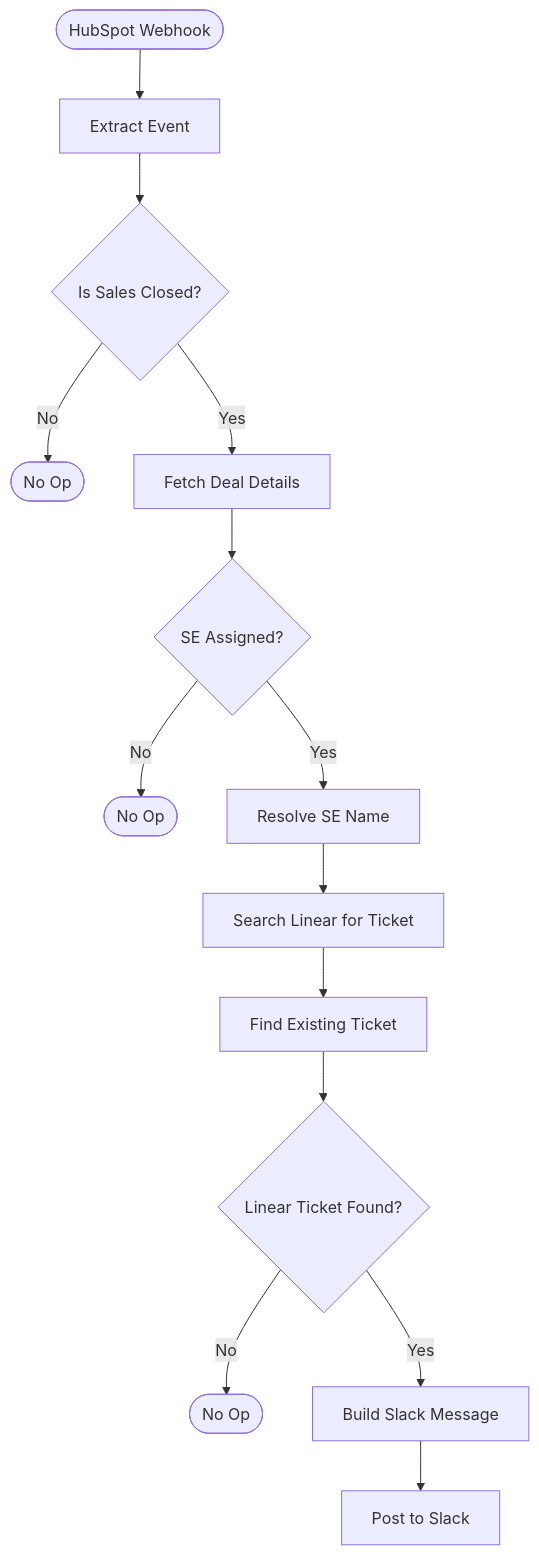
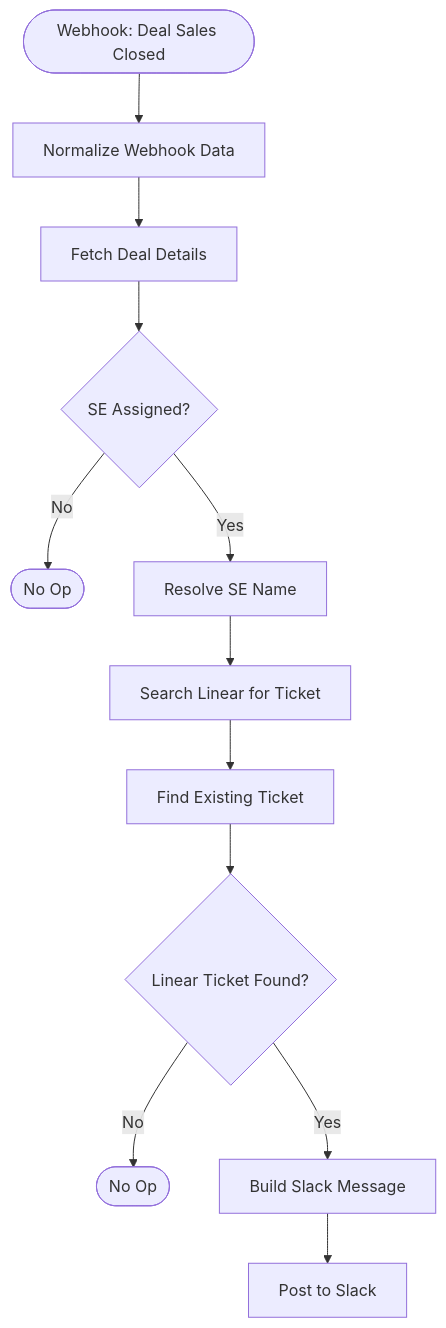
Before and after one commit to isaachasbani-legalfly/workflow-automations: the diagram in workflows/hubspot-deal-closed-se-notification/ARCHITECTURE-v1.0.md, drawn with Mermaid. The commit also changed other lines of this file and 4 other files, not shown here.

First line of the commit message:
fix: switch to HubSpot workflow trigger instead of Private App webhook

````diff
--- a/workflows/hubspot-deal-closed-se-notification/ARCHITECTURE-v1.0.md
+++ b/workflows/hubspot-deal-closed-se-notification/ARCHITECTURE-v1.0.md
@@ -9,16 +9,14 @@
 ```mermaid
 flowchart TD
-    Webhook([HubSpot Webhook]) --> Extract[Extract Event]
-    Extract --> FilterStage{Is Sales Closed?}
-    FilterStage -->|No| Stop1([No Op])
-    FilterStage -->|Yes| FetchDeal[Fetch Deal Details]
+    Webhook([Webhook: Deal Sales Closed]) --> Normalize[Normalize Webhook Data]
+    Normalize --> FetchDeal[Fetch Deal Details]
     FetchDeal --> CheckSE{SE Assigned?}
-    CheckSE -->|No| Stop2([No Op])
+    CheckSE -->|No| Stop1([No Op])
     CheckSE -->|Yes| ResolveSE[Resolve SE Name]
     ResolveSE --> SearchLinear[Search Linear for Ticket]
     SearchLinear --> FindTicket[Find Existing Ticket]
     FindTicket --> HasTicket{Linear Ticket Found?}
-    HasTicket -->|No| Stop3([No Op])
+    HasTicket -->|No| Stop2([No Op])
     HasTicket -->|Yes| BuildMsg[Build Slack Message]
     BuildMsg --> PostSlack[Post to Slack]
 ```
````
